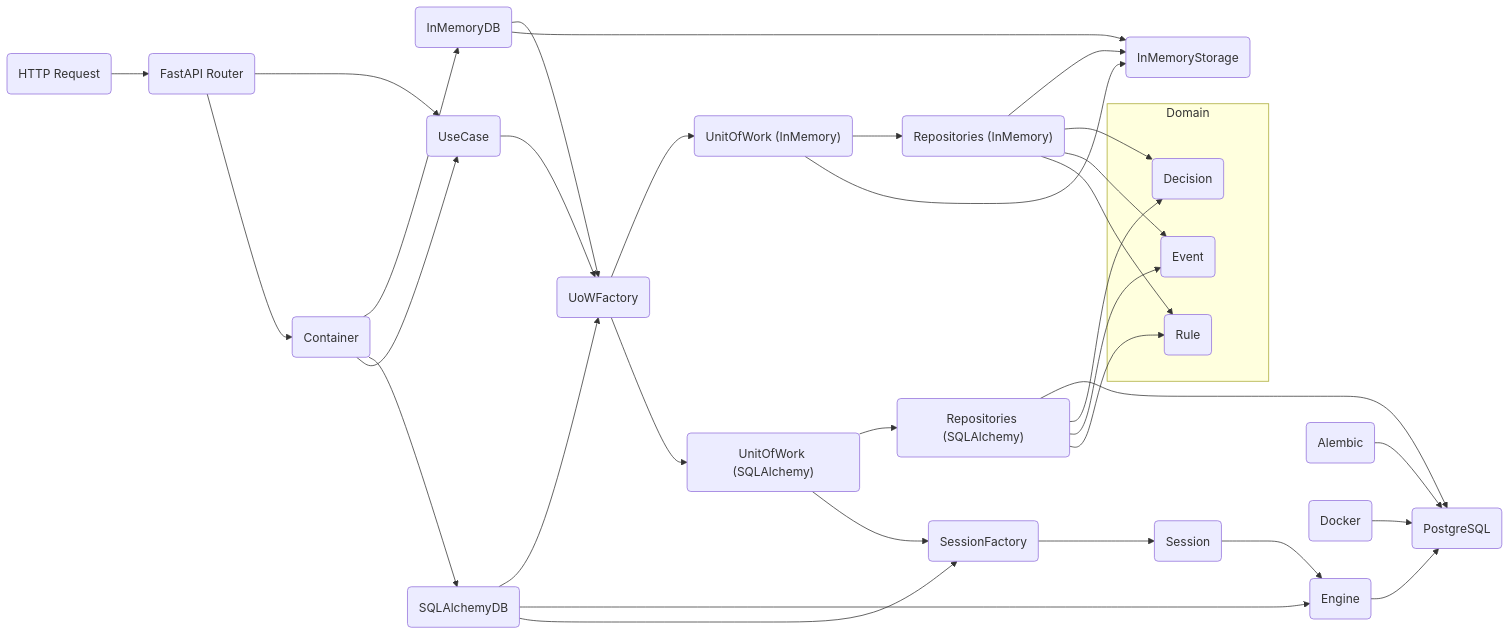
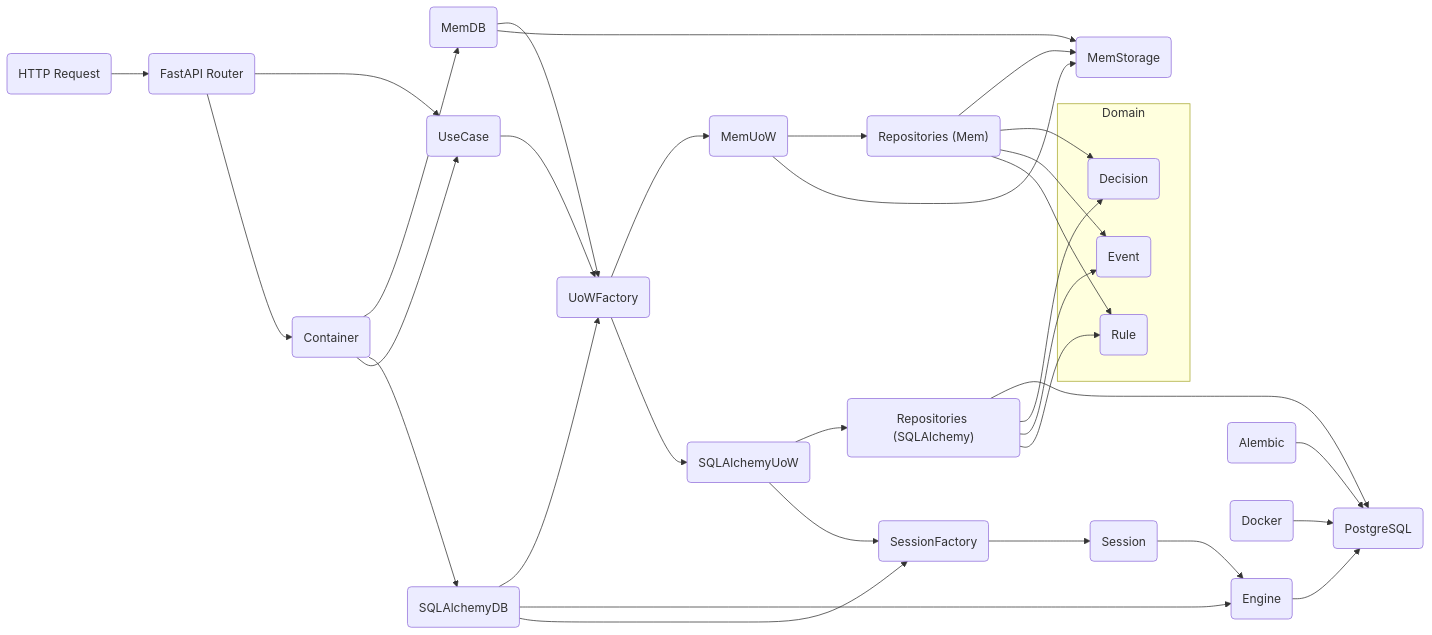
The diagram in README.md (geldois/decision-engine), drawn with Mermaid before and after one commit.

Commit message:
docs: update architecture diagram to mem and UoW naming

````diff
--- a/README.md
+++ b/README.md
@@ -21,51 +21,51 @@
 ```mermaid
 flowchart LR
     subgraph Domain
         Decision("Decision")
         Event("Event")
         Rule("Rule")
     end
 
     Client("HTTP Request") --> API("FastAPI Router")
     API --> UseCase("UseCase")
     API --> Container("Container")
 
     UseCase --> UoWFactory("UoWFactory")
 
-    Container --> InMemoryDB("InMemoryDB")
+    Container --> MemDB("MemDB")
     Container --> SQLAlchemyDB("SQLAlchemyDB")
     Container --> UseCase
 
-    UoWFactory --> UnitOfWorkMem("UnitOfWork (InMemory)")
-    UoWFactory --> UnitOfWorkSQL("UnitOfWork (SQLAlchemy)")
+    UoWFactory --> UnitOfWorkMem("MemUoW")
+    UoWFactory --> UnitOfWorkSQL("SQLAlchemyUoW")
 
-    UnitOfWorkMem --> RepositoriesMem("Repositories (InMemory)")
-    UnitOfWorkMem --> InMemoryStorage("InMemoryStorage")
+    UnitOfWorkMem --> RepositoriesMem("Repositories (Mem)")
+    UnitOfWorkMem --> MemStorage("MemStorage")
 
-    RepositoriesMem --> InMemoryStorage
+    RepositoriesMem --> MemStorage
     RepositoriesMem --> Decision
     RepositoriesMem --> Event
     RepositoriesMem --> Rule
 
     UnitOfWorkSQL --> RepositoriesSQL("Repositories (SQLAlchemy)")
     UnitOfWorkSQL --> SessionFactory("SessionFactory")
 
     RepositoriesSQL --> PostgreSQL("PostgreSQL")
     RepositoriesSQL --> Decision
     RepositoriesSQL --> Event
     RepositoriesSQL --> Rule
 
     SQLAlchemyDB --> UoWFactory
     SQLAlchemyDB --> Engine("Engine")
     SQLAlchemyDB --> SessionFactory
 
     SessionFactory --> Session("Session")
     Session --> Engine
     Engine --> PostgreSQL
 
-    InMemoryDB --> UoWFactory
-    InMemoryDB --> InMemoryStorage
+    MemDB --> UoWFactory
+    MemDB --> MemStorage
 
     Alembic("Alembic") --> PostgreSQL
     Docker("Docker") --> PostgreSQL
 ```
````
